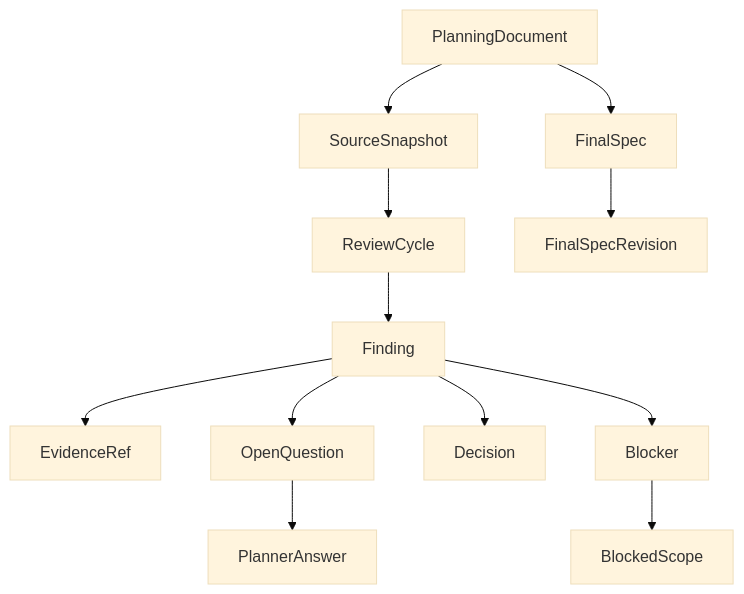
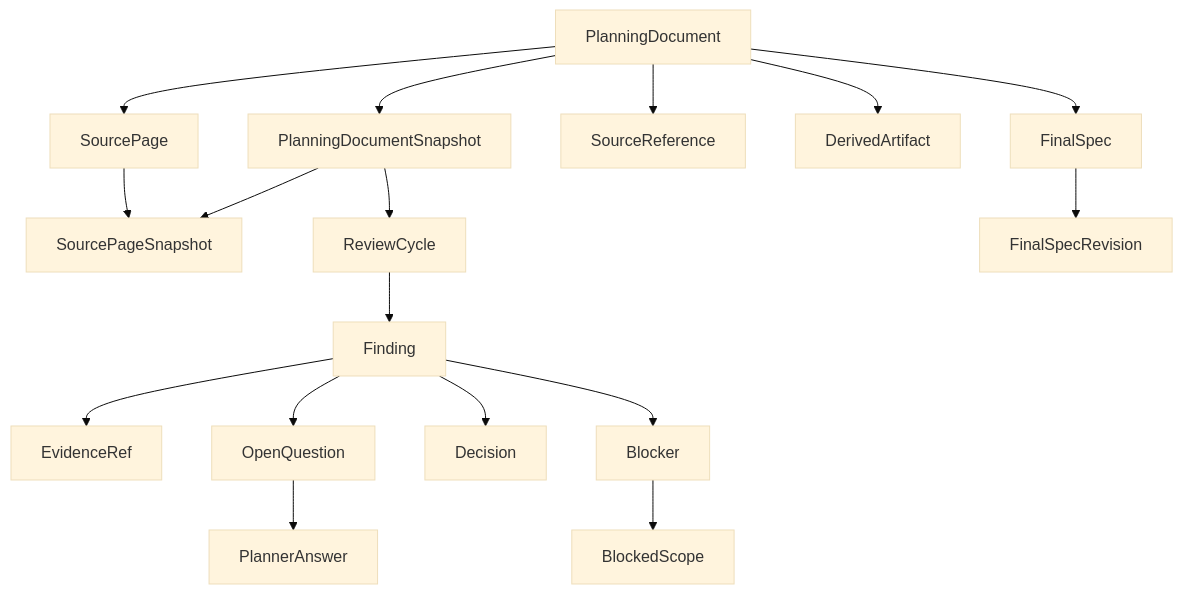
The diagram in docs/design/domain-model.md (pottq577/spec-trace), drawn with Mermaid (base theme) before and after one commit. The commit also changed other lines of this file and 17 other files, not shown here.

````diff
--- a/docs/design/domain-model.md
+++ b/docs/design/domain-model.md
@@ -30,14 +35,19 @@
 ```mermaid
 flowchart TD
-    PD[PlanningDocument] --> SS[SourceSnapshot]
-    SS --> RC[ReviewCycle]
+    PD[PlanningDocument] --> SP[SourcePage]
+    SP --> SPS[SourcePageSnapshot]
+    PD --> PDS[PlanningDocumentSnapshot]
+    PDS --> SPS
+    PD --> SR[SourceReference]
+    PD --> DA[DerivedArtifact]
+    PDS --> RC[ReviewCycle]
     RC --> F[Finding]
     F --> E[EvidenceRef]
     F --> OQ[OpenQuestion]
     OQ --> PA[PlannerAnswer]
     F --> D[Decision]
     F --> B[Blocker]
     B --> BS[BlockedScope]
     PD --> FS[FinalSpec]
     FS --> FSR[FinalSpecRevision]
 ```
````
